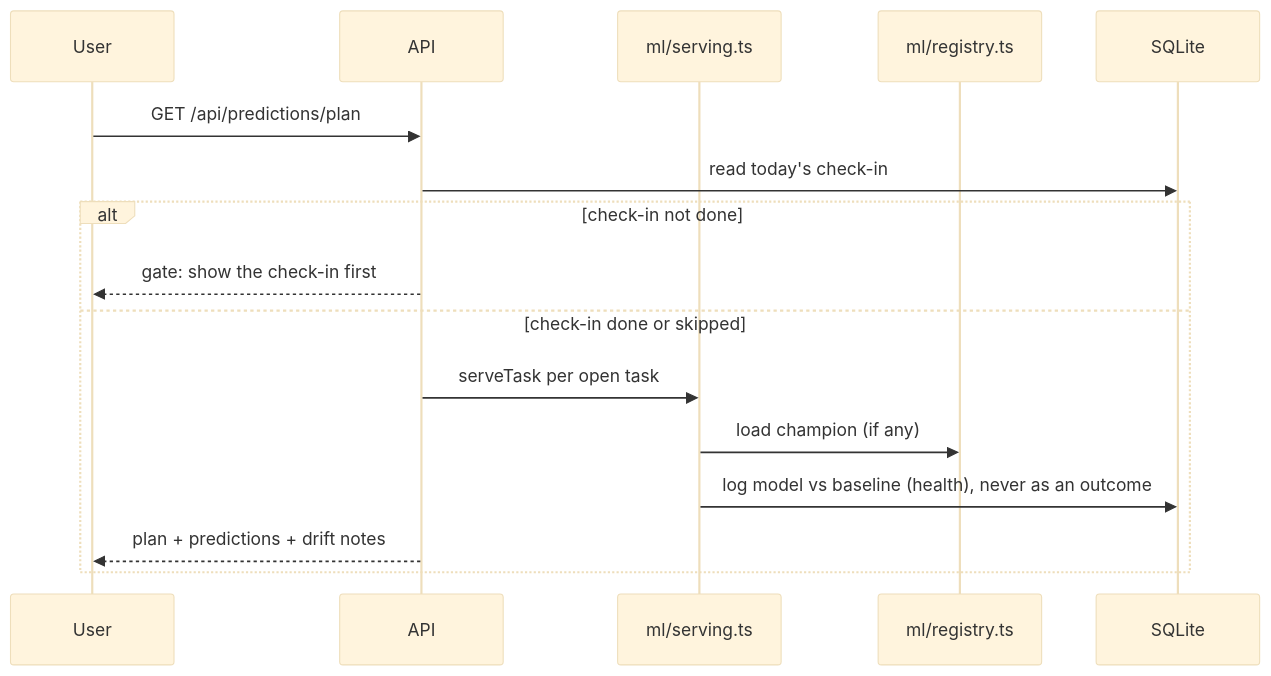
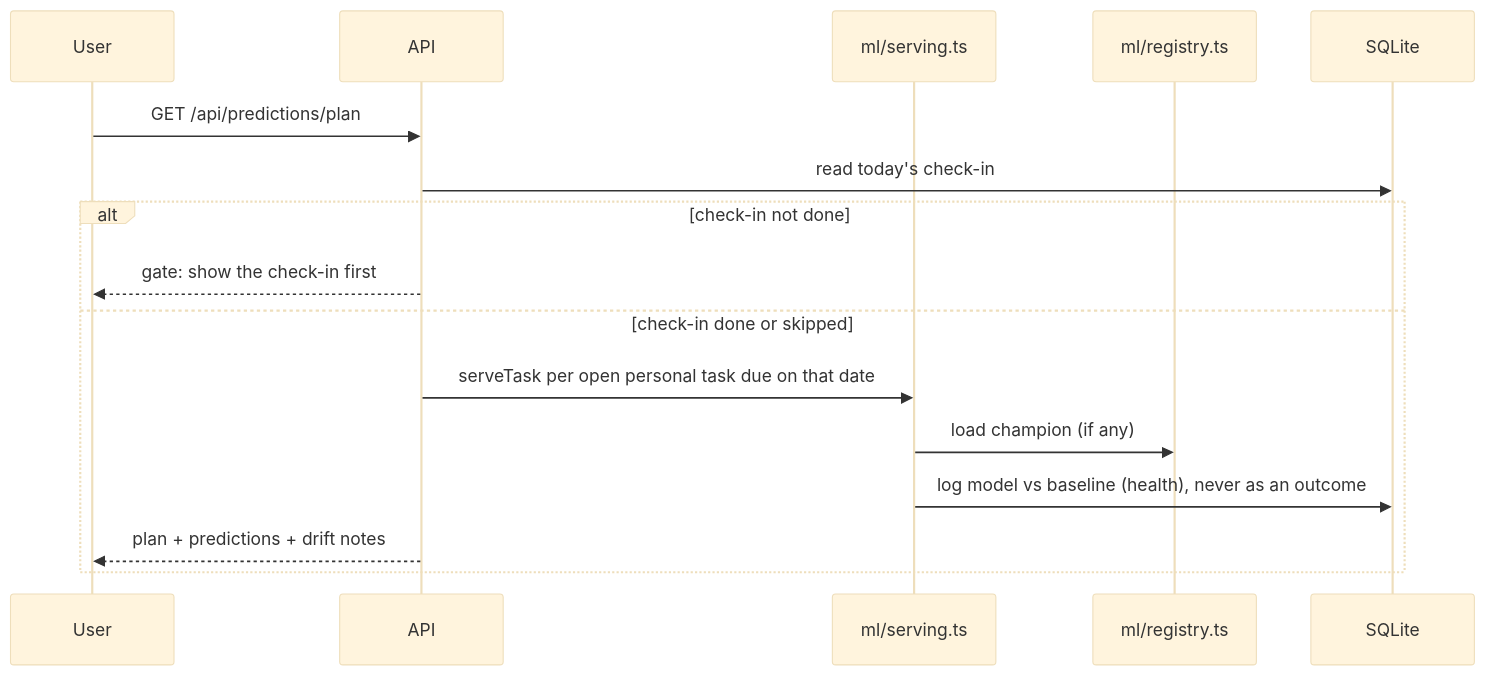
Before and after one commit to akashjatwala/To-Do-List: the fourth of 4 diagrams in docs/architecture.md, drawn with Mermaid (base theme). The commit also changed other lines of this file and 56 other files, not shown here.

````diff
--- a/docs/architecture.md
+++ b/docs/architecture.md
@@ -84,18 +84,18 @@
 ```mermaid
 sequenceDiagram
   participant U as User
   participant A as API
   participant S as ml/serving.ts
   participant R as ml/registry.ts
   participant D as SQLite
   U->>A: GET /api/predictions/plan
   A->>D: read today's check-in
   alt check-in not done
     A-->>U: gate: show the check-in first
   else check-in done or skipped
-    A->>S: serveTask per open task
+    A->>S: serveTask per open personal task due on that date
     S->>R: load champion (if any)
     S->>D: log model vs baseline (health), never as an outcome
     A-->>U: plan + predictions + drift notes
   end
 ```
````
